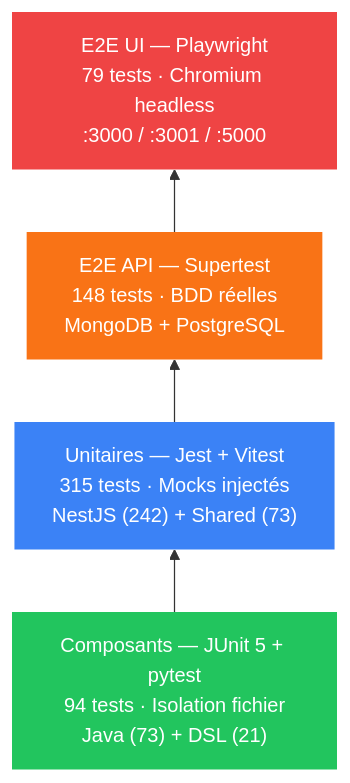
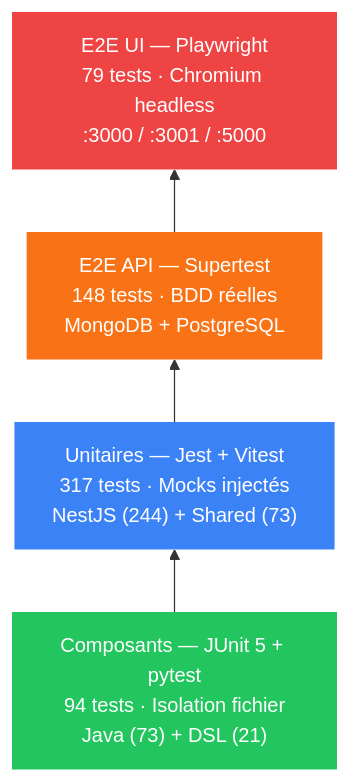
Before and after one commit to creibaud/QuartierConnect: the first of 2 diagrams in docs/TEST.md, drawn with Mermaid. The commit also changed other lines of this file and 1 other file, not shown here.

Commit message:
docs: update QA report with revised test counts and results and new Architecture

````diff
--- a/docs/TEST.md
+++ b/docs/TEST.md
@@ -52,19 +52,19 @@
 ```mermaid
 flowchart BT
     classDef e2eui fill:#ef4444,color:#fff,stroke:none
     classDef e2eapi fill:#f97316,color:#fff,stroke:none
     classDef unit fill:#3b82f6,color:#fff,stroke:none
     classDef comp fill:#22c55e,color:#fff,stroke:none
 
     E2EUI["E2E UI — Playwright<br/>79 tests · Chromium headless<br/>:3000 / :3001 / :5000"]
     E2EAPI["E2E API — Supertest<br/>148 tests · BDD réelles<br/>MongoDB + PostgreSQL"]
-    UNIT["Unitaires — Jest + Vitest<br/>315 tests · Mocks injectés<br/>NestJS (242) + Shared (73)"]
+    UNIT["Unitaires — Jest + Vitest<br/>317 tests · Mocks injectés<br/>NestJS (244) + Shared (73)"]
     COMP["Composants — JUnit 5 + pytest<br/>94 tests · Isolation fichier<br/>Java (73) + DSL (21)"]
 
     COMP --> UNIT --> E2EAPI --> E2EUI
 
     class E2EUI e2eui
     class E2EAPI e2eapi
     class UNIT unit
     class COMP comp
 ```
````
